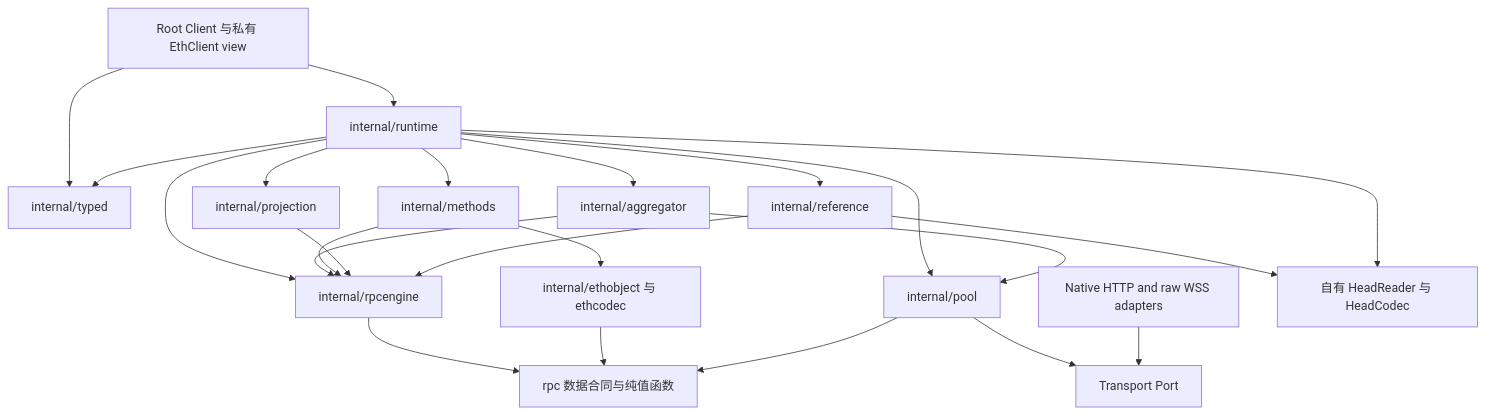
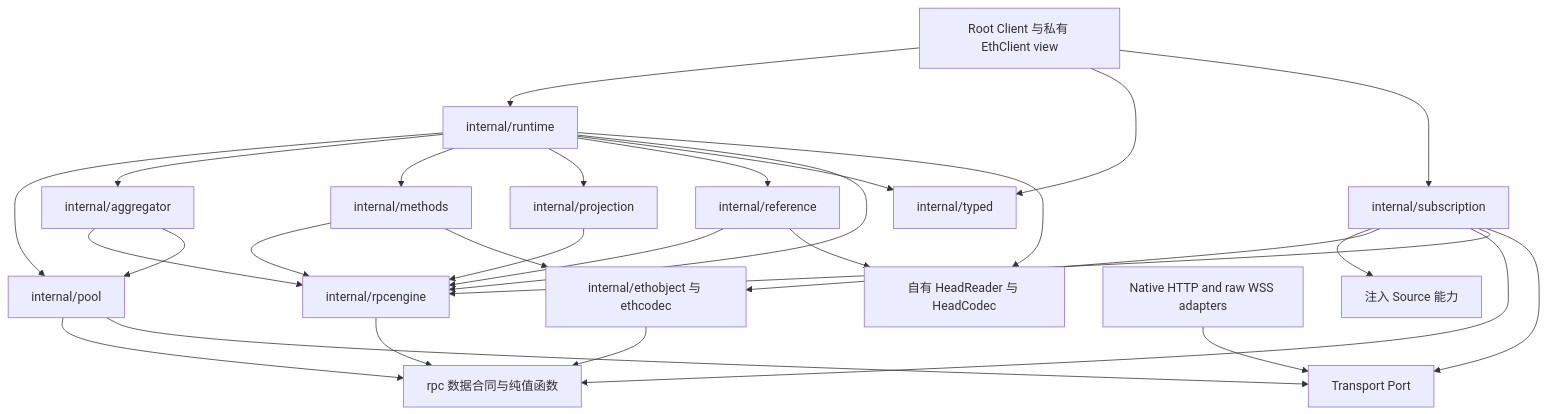
One commit to codermaybe/ethguard changed the diagram in docs/design/codebase-topology.md. Above: the diagram before and after it, drawn with Mermaid. The commit also changed other lines of this file and 33 other files, not shown here.

````diff
--- a/docs/design/codebase-topology.md
+++ b/docs/design/codebase-topology.md
@@ -70,25 +70,31 @@
 ```mermaid
 flowchart TD
     Facade[Root Client 与私有 EthClient view] --> Runtime[internal/runtime]
     Facade --> Typed[internal/typed]
+    Facade --> Subscription[internal/subscription]
+    Subscription --> Sources[注入 Source 能力]
+    Subscription --> Objects
+    Subscription --> RPC
+    Subscription --> Engine
+    Subscription --> Port
     Runtime --> Pool[internal/pool]
     Runtime --> Aggregator[internal/aggregator]
     Runtime --> Methods[internal/methods]
     Runtime --> Projection[internal/projection]
     Runtime --> Reference[internal/reference]
     Runtime --> Typed
     Runtime --> Engine[internal/rpcengine]
     Aggregator --> Engine
     Aggregator --> Pool
     Methods --> Engine
     Projection --> Engine
     Reference --> Engine
     Engine --> RPC[rpc 数据合同与纯值函数]
     Methods --> Objects[internal/ethobject 与 ethcodec]
     Objects --> RPC
     Pool --> RPC
     Pool --> Port[Transport Port]
     Adapters[Native HTTP and raw WSS adapters] --> Port
     Reference --> HeadPorts[自有 HeadReader 与 HeadCodec]
     Runtime --> HeadPorts
 ```
````
